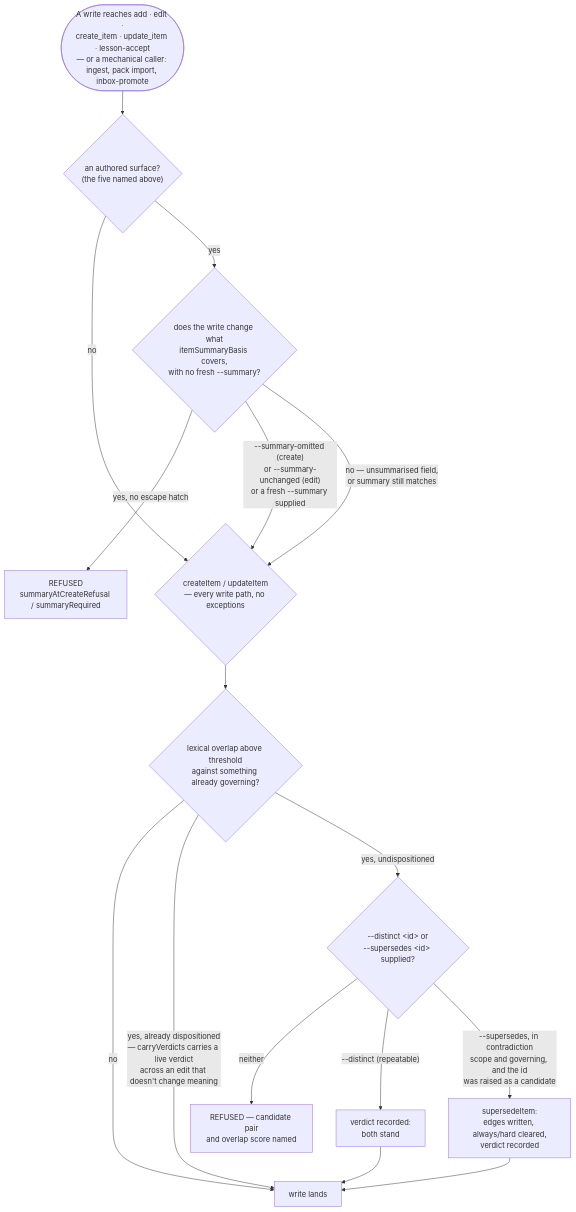
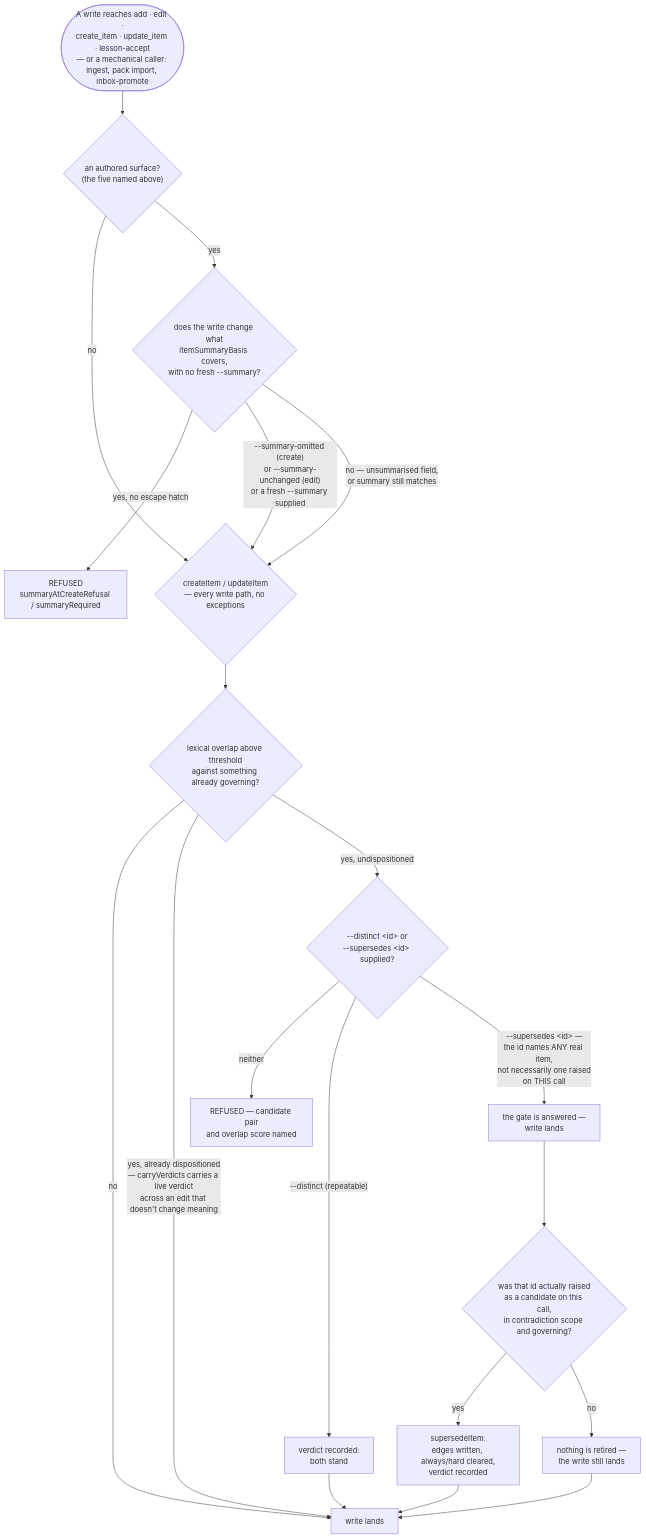
The diagram in docs/capabilities/03-creation-and-gates.md (Dudi-Bar-On/my-context), drawn with Mermaid before and after one commit. The commit also changed 24 other files, not shown here.

First line of the commit message:
the fence that had been shipping as a mermaid error box, and twenty-seven claims that were only wrong

````diff
--- a/docs/capabilities/03-creation-and-gates.md
+++ b/docs/capabilities/03-creation-and-gates.md
@@ -250,18 +250,22 @@
 ```mermaid
 flowchart TD
   W(["A write reaches add · edit ·<br/>create_item · update_item · lesson-accept<br/>— or a mechanical caller: ingest, pack import, inbox-promote"]) --> SURF{"an authored surface?<br/>(the five named above)"}
   SURF -->|"no"| CI
   SURF -->|"yes"| SG{"does the write change what<br/>itemSummaryBasis covers,<br/>with no fresh --summary?"}
   SG -->|"yes, no escape hatch"| R1["REFUSED<br/>summaryAtCreateRefusal / summaryRequired"]
   SG -->|"--summary-omitted (create)<br/>or --summary-unchanged (edit)<br/>or a fresh --summary supplied"| CI
   SG -->|"no — unsummarised field,<br/>or summary still matches"| CI
   CI{"createItem / updateItem<br/>— every write path, no exceptions"} --> OV{"lexical overlap above threshold<br/>against something already governing?"}
   OV -->|"no"| DONE["write lands"]
   OV -->|"yes, already dispositioned<br/>— carryVerdicts carries a live verdict<br/>across an edit that doesn't change meaning"| DONE
   OV -->|"yes, undispositioned"| D{"--distinct &lt;id&gt; or<br/>--supersedes &lt;id&gt; supplied?"}
   D -->|"neither"| R2["REFUSED — candidate pair<br/>and overlap score named"]
   D -->|"--distinct (repeatable)"| V["verdict recorded:<br/>both stand"]
-  D -->|"--supersedes, in contradiction<br/>scope and governing, and the id<br/>was raised as a candidate"| S["supersedeItem:<br/>edges written, always/hard cleared,<br/>verdict recorded"]
+  D -->|"--supersedes &lt;id&gt; —<br/>the id names ANY real item,<br/>not necessarily one raised<br/>on THIS call"| WRITE["the gate is answered —<br/>write lands"]
   V --> DONE
+  WRITE --> RAISED{"was that id actually raised<br/>as a candidate on this call,<br/>in contradiction scope and governing?"}
+  RAISED -->|"yes"| S["supersedeItem:<br/>edges written, always/hard cleared,<br/>verdict recorded"]
+  RAISED -->|"no"| SILENT["nothing is retired —<br/>the write still lands"]
   S --> DONE
+  SILENT --> DONE
 ```
````
